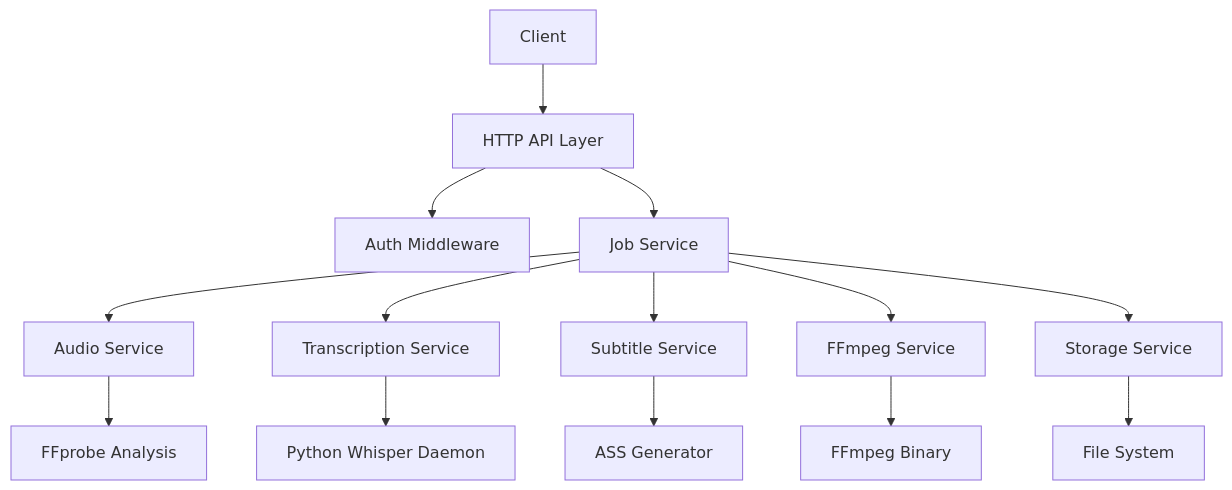
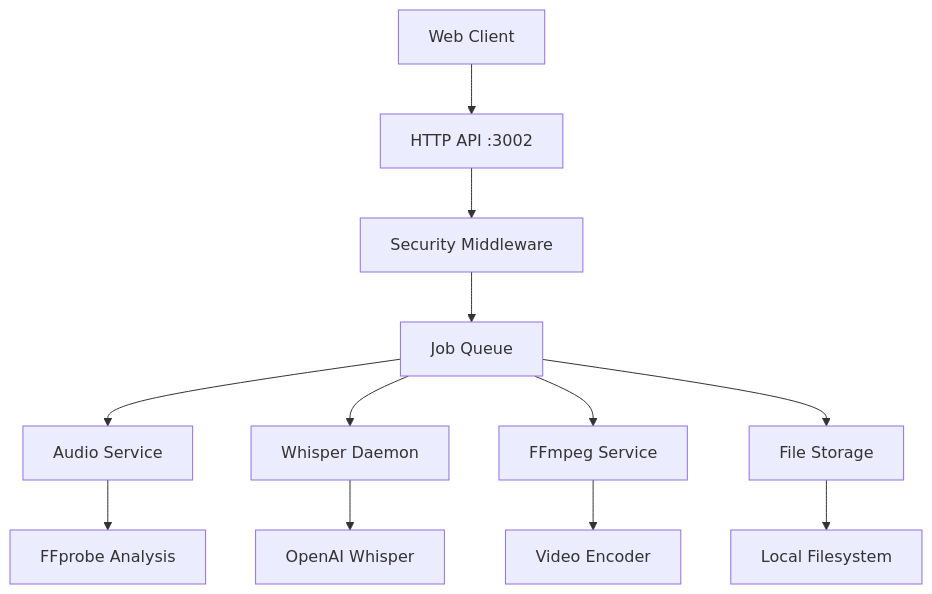
The diagram in README.md (activadee/videocraft), drawn with Mermaid before and after one commit. The commit also changed other lines of this file and 1 other file, not shown here.

Commit message:
refactor: enhance error handling and improve route definitions for video and job APIs

````diff
--- a/README.md
+++ b/README.md
@@ -221,19 +303,16 @@
 ```mermaid
 graph TB
-    Client[Client] --> API[HTTP API Layer]
-    API --> Auth[Auth Middleware]
-    API --> JobSvc[Job Service]
+    Client[Web Client] --> API[HTTP API :3002]
+    API --> Auth[Security Middleware]
+    Auth --> Jobs[Job Queue]
     
-    JobSvc --> AudioSvc[Audio Service]
-    JobSvc --> TransSvc[Transcription Service]
-    JobSvc --> SubSvc[Subtitle Service]
-    JobSvc --> FFmpegSvc[FFmpeg Service]
-    JobSvc --> StorageSvc[Storage Service]
+    Jobs --> Audio[Audio Service]
+    Jobs --> Whisper[Whisper Daemon]
+    Jobs --> FFmpeg[FFmpeg Service]
+    Jobs --> Storage[File Storage]
     
-    TransSvc --> Daemon[Python Whisper Daemon]
-    SubSvc --> ASSGen[ASS Generator]
-    FFmpegSvc --> FFmpeg[FFmpeg Binary]
-    
-    AudioSvc --> FFprobe[FFprobe Analysis]
-    StorageSvc --> FileSystem[File System]
+    Audio --> Probe[FFprobe Analysis]
+    Whisper --> AI[OpenAI Whisper]
+    FFmpeg --> Encoder[Video Encoder]
+    Storage --> Files[Local Filesystem]
 ```
````
